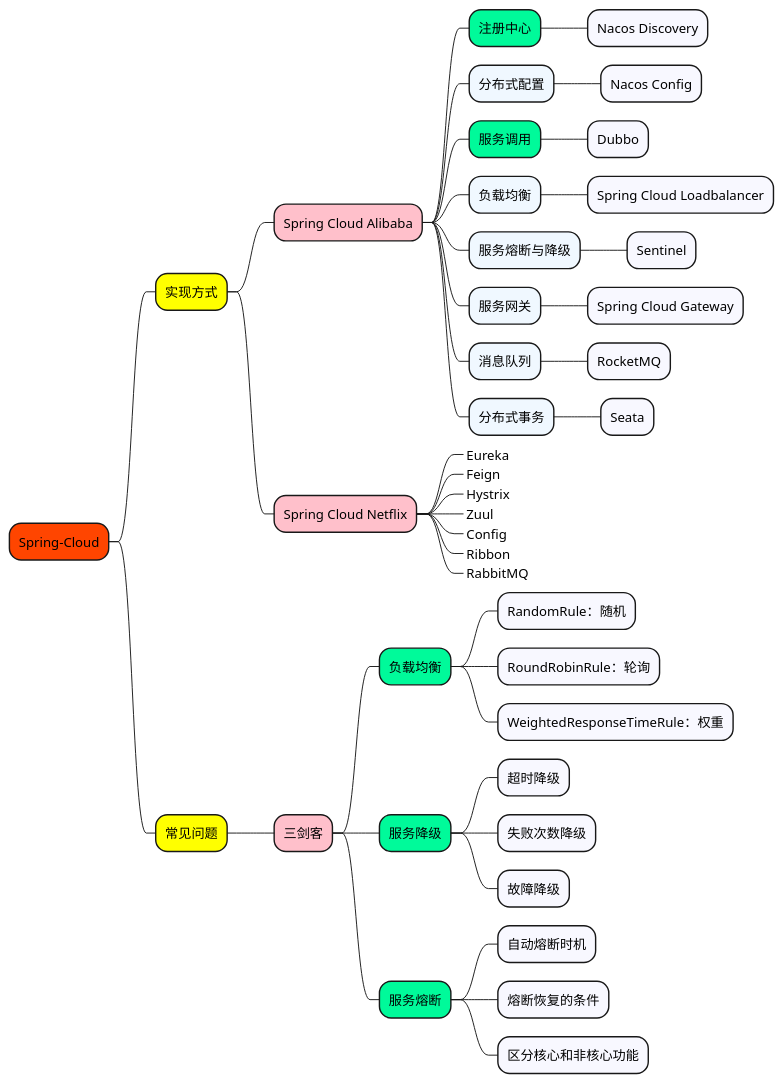
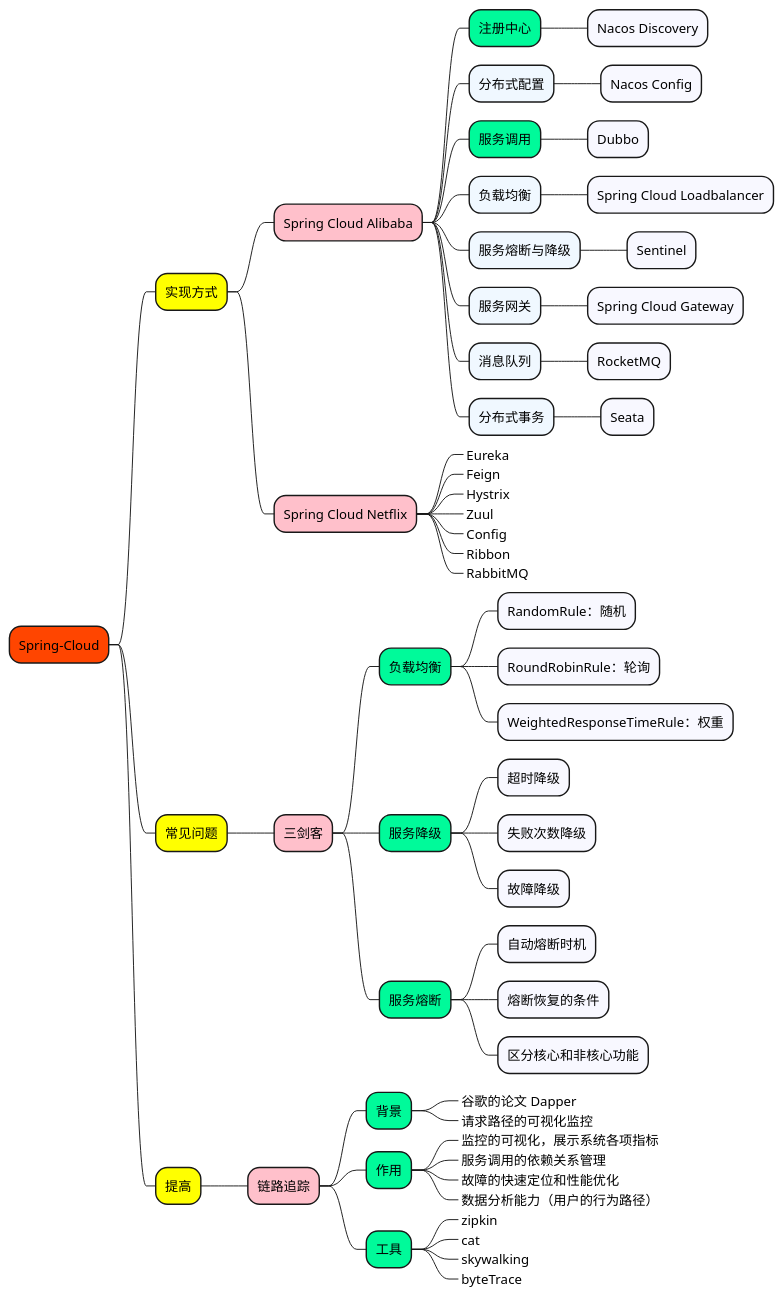
The diagram in 1_map/2-framework/Spring-Cloud.puml (doveg/self-cultivation-of-a-software-engineer), drawn with PlantUML before and after one commit. The commit also changed 5 other files, not shown here.

```diff
--- a/1_map/2-framework/Spring-Cloud.puml
+++ b/1_map/2-framework/Spring-Cloud.puml
@@ -1,57 +1,79 @@
 @startmindmap
 
 +[#OrangeRed] Spring-Cloud
 
 ++[#yellow] 实现方式
 
 +++[#Pink] Spring Cloud Alibaba
 ++++[#MediumSpringGreen] 注册中心
 +++++[#GhostWhite] Nacos Discovery
 ++++[#AliceBlue] 分布式配置
 +++++[#GhostWhite] Nacos Config
 ++++[#MediumSpringGreen] 服务调用
 +++++[#GhostWhite] Dubbo
 ++++[#AliceBlue] 负载均衡
 +++++[#GhostWhite] Spring Cloud Loadbalancer
 ++++[#AliceBlue] 服务熔断与降级
 +++++[#GhostWhite] Sentinel
 ++++[#AliceBlue] 服务网关
 +++++[#GhostWhite] Spring Cloud Gateway
 ++++[#AliceBlue] 消息队列
 +++++[#GhostWhite] RocketMQ
 ++++[#AliceBlue] 分布式事务
 +++++[#GhostWhite] Seata
 
 
 +++[#Pink] Spring Cloud Netflix
 ++++[#AliceBlue]_ Eureka
 ++++[#AliceBlue]_ Feign
 ++++[#AliceBlue]_ Hystrix
 ++++[#AliceBlue]_ Zuul
 ++++[#AliceBlue]_ Config
 ++++[#AliceBlue]_ Ribbon
 ++++[#AliceBlue]_ RabbitMQ
 
 
 ++[#yellow] 常见问题
 
 +++[#Pink] 三剑客
 
 ++++[#MediumSpringGreen] 负载均衡
 +++++[#GhostWhite] RandomRule：随机
 +++++[#GhostWhite] RoundRobinRule：轮询
 +++++[#GhostWhite] WeightedResponseTimeRule：权重
 
 ++++[#MediumSpringGreen] 服务降级
 +++++[#GhostWhite] 超时降级
 +++++[#GhostWhite] 失败次数降级
 +++++[#GhostWhite] 故障降级
 
 ++++[#MediumSpringGreen] 服务熔断
 +++++[#GhostWhite] 自动熔断时机
 +++++[#GhostWhite] 熔断恢复的条件
 +++++[#GhostWhite] 区分核心和非核心功能
 
 
+++[#yellow] 提高
+
++++[#Pink] 链路追踪
+
+++++[#MediumSpringGreen] 背景
++++++[#GhostWhite]_ 谷歌的论文 Dapper
++++++[#GhostWhite]_ 请求路径的可视化监控
+
+++++[#MediumSpringGreen] 作用
++++++[#GhostWhite]_ 监控的可视化，展示系统各项指标
++++++[#GhostWhite]_ 服务调用的依赖关系管理
++++++[#GhostWhite]_ 故障的快速定位和性能优化
++++++[#GhostWhite]_ 数据分析能力（用户的行为路径）
+
+++++[#MediumSpringGreen] 工具
++++++[#GhostWhite]_ zipkin
++++++[#GhostWhite]_ cat
++++++[#GhostWhite]_ skywalking
++++++[#GhostWhite]_ byteTrace
+
+
+
 
 @endmindmap
```
